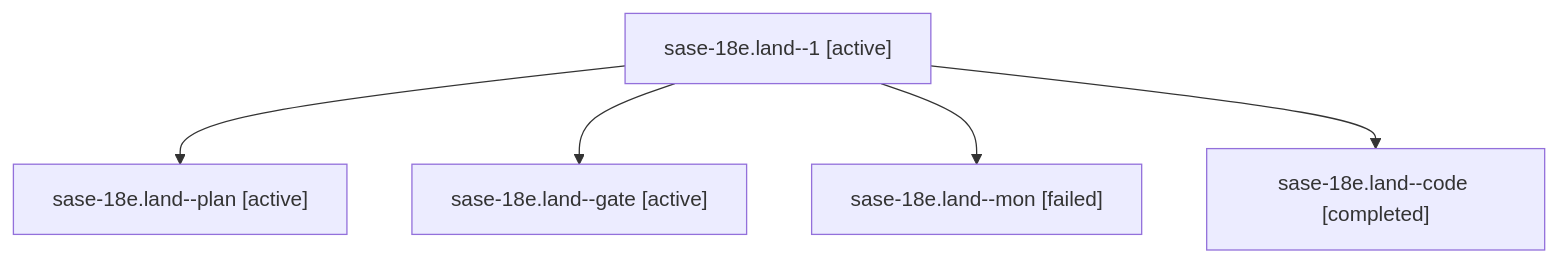
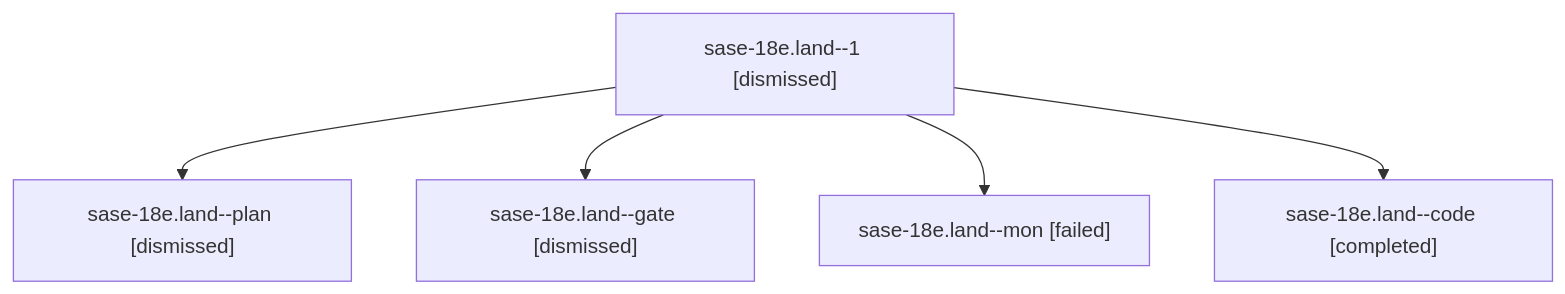
One commit to sase-org/sase--agents changed the diagram in sessions/bbugyi200.athena.sase-18e.land.md. Above: the diagram before and after it, drawn with Mermaid. The commit also changed other lines of this file and 99 other files, not shown here.

````diff
--- a/sessions/bbugyi200.athena.sase-18e.land.md
+++ b/sessions/bbugyi200.athena.sase-18e.land.md
@@ -9,12 +9,12 @@
 ```mermaid
 flowchart TD
-  n0["sase-18e.land--1 [active]"]
-  n1["sase-18e.land--plan [active]"]
+  n0["sase-18e.land--1 [dismissed]"]
+  n1["sase-18e.land--plan [dismissed]"]
   n0 --> n1
-  n2["sase-18e.land--gate [active]"]
+  n2["sase-18e.land--gate [dismissed]"]
   n0 --> n2
   n3["sase-18e.land--mon [failed]"]
   n0 --> n3
   n4["sase-18e.land--code [completed]"]
   n0 --> n4
 ```
````
